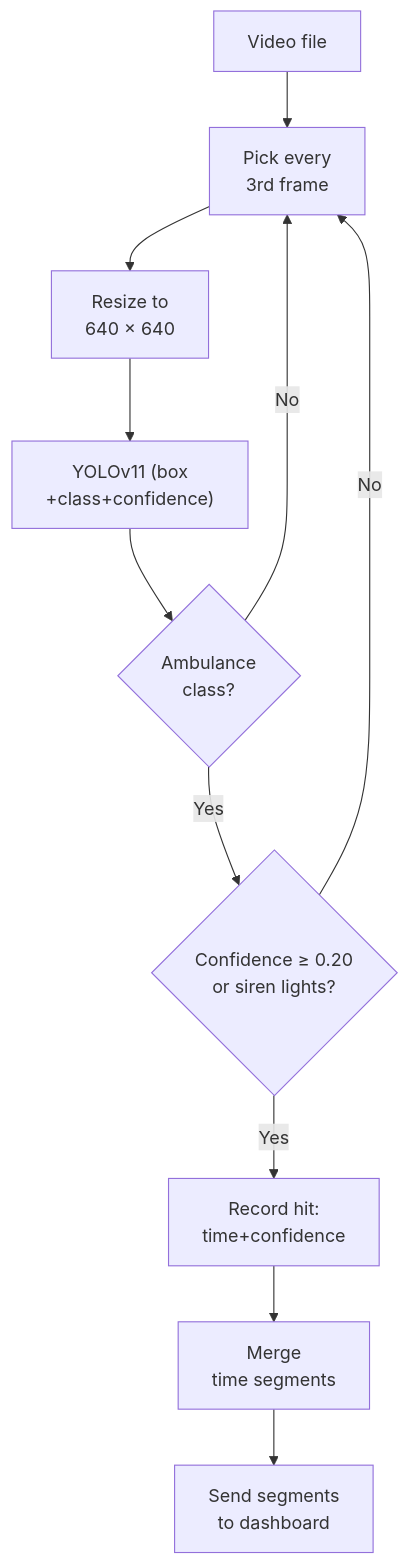
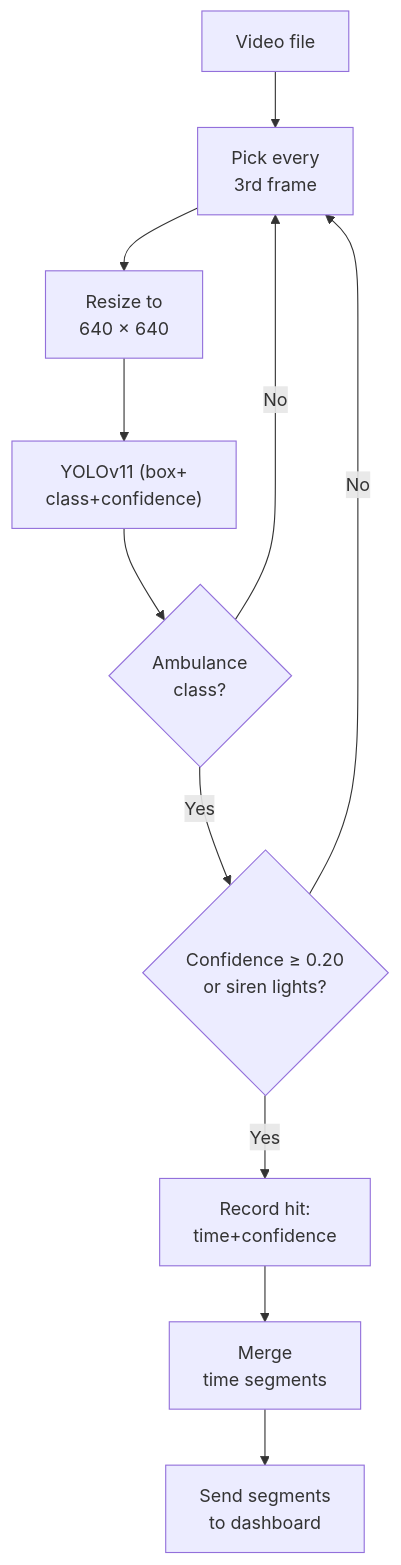
The second of 3 diagrams in README.md (ritamdeep/emergency-vehicle-ai-detection), drawn with Mermaid before and after one commit.

Commit message:
Fix formatting in flowchart for YOLOv11 node

````diff
--- a/README.md
+++ b/README.md
@@ -252,13 +252,13 @@
 ```mermaid
 flowchart TD
     A["Video file"] --> B["Pick every<br/>3rd frame"]
     B --> C["Resize to<br/>640 × 640"]
-    C --> D["YOLOv11 (box<br/>+class+confidence)"]
+    C --> D["YOLOv11 (box+<br/>class+confidence)"]
     D --> E{"Ambulance<br/>class?"}
     E -- No --> B
     E -- Yes --> F{"Confidence &ge; 0.20<br/>or siren lights?"}
     F -- No --> B
     F -- Yes --> G["Record hit:<br/>time+confidence"]
     G --> H["Merge<br/>time segments"]
     H --> I["Send segments<br/>to dashboard"]
 ```
````
